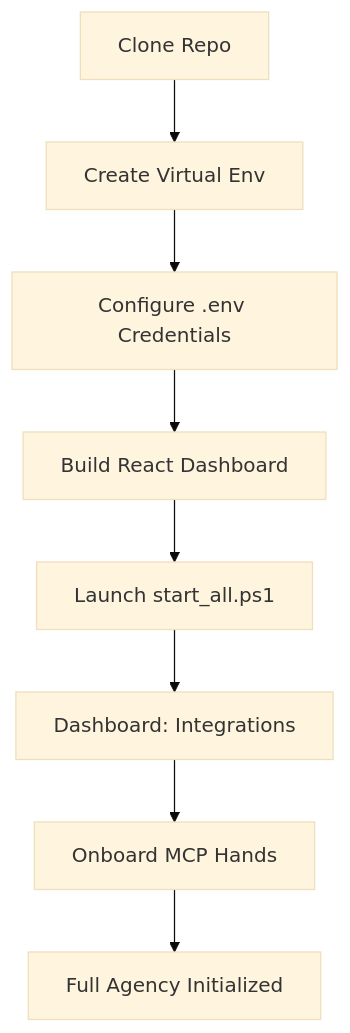
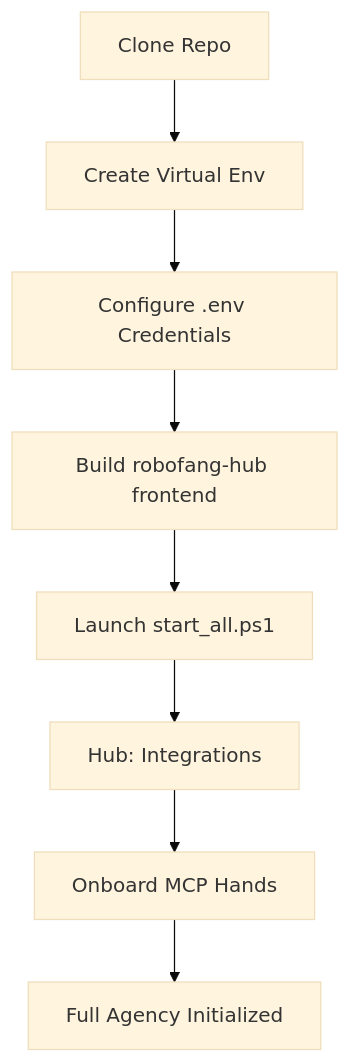
The diagram in docs/INSTALLATION.md (sandraschi/robofang), drawn with Mermaid (base theme) before and after one commit. The commit also changed other lines of this file and 19 other files, not shown here.

````diff
--- a/docs/INSTALLATION.md
+++ b/docs/INSTALLATION.md
@@ -3,10 +3,10 @@
 ```mermaid
 graph TD
     A[Clone Repo] --> B[Create Virtual Env]
     B --> C[Configure .env Credentials]
-    C --> D[Build React Dashboard]
+    C --> D[Build robofang-hub frontend]
     D --> E[Launch start_all.ps1]
-    E --> F[Dashboard: Integrations]
+    E --> F[Hub: Integrations]
     F --> G[Onboard MCP Hands]
     G --> H[Full Agency Initialized]
 ```
````
